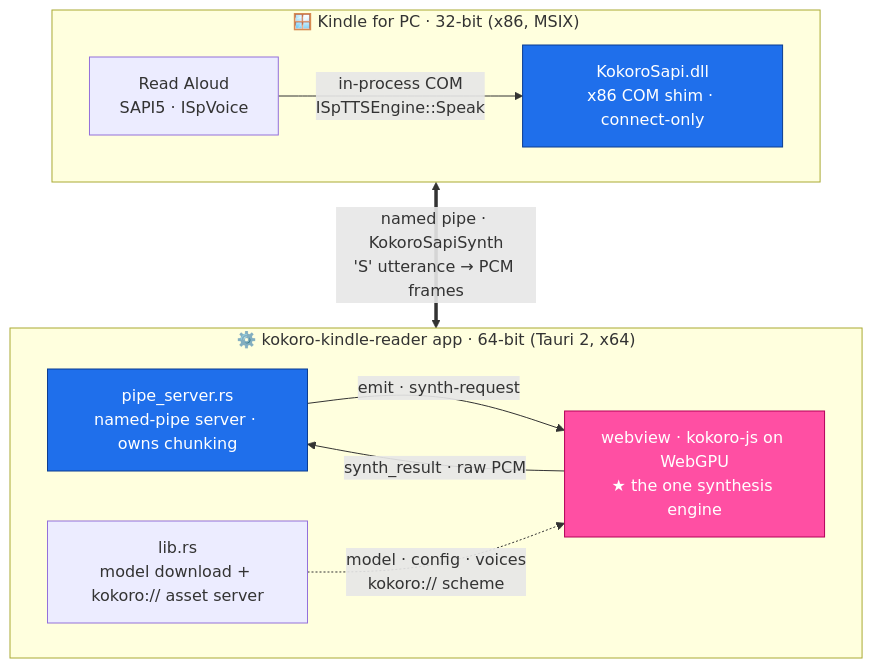
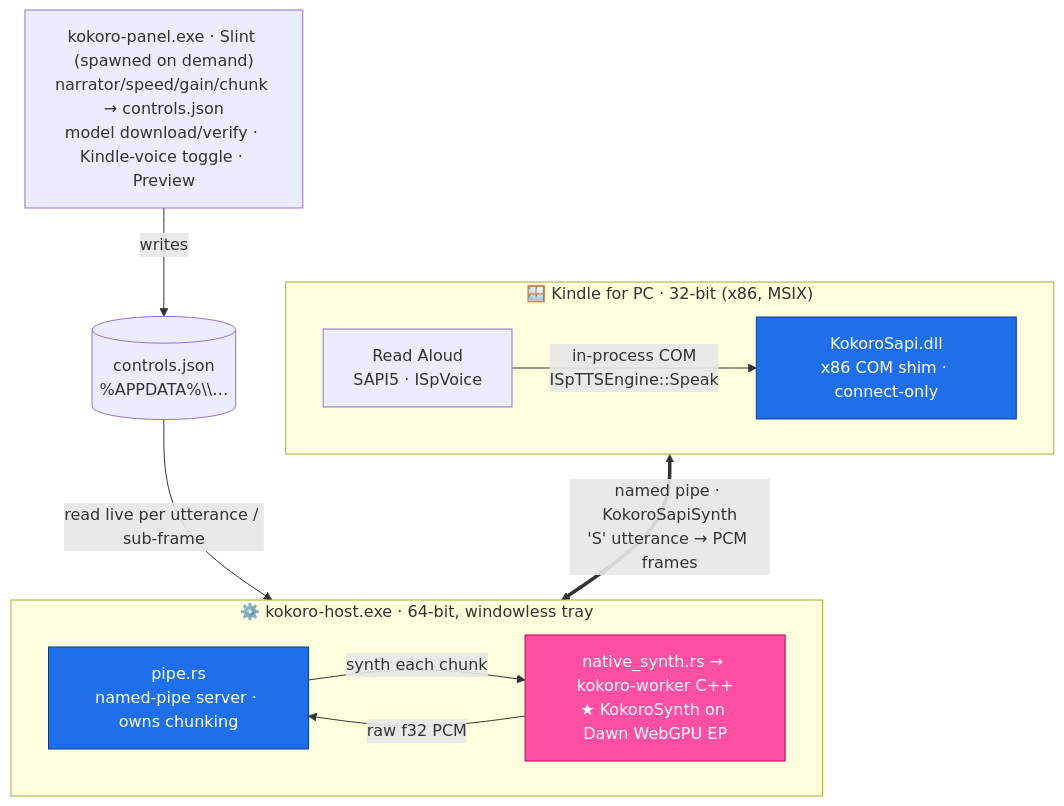
One commit to phc260/kokoro-kindle-reader changed the diagram in ARCHITECTURE.md. Above: the diagram before and after it, drawn with Mermaid. The commit also changed other lines of this file and 7 other files, not shown here.

````diff
--- a/ARCHITECTURE.md
+++ b/ARCHITECTURE.md
@@ -20,26 +21,29 @@
 ```mermaid
 flowchart TB
   subgraph K["🪟 Kindle for PC · 32-bit (x86, MSIX)"]
     direction LR
     RA["Read Aloud<br/>SAPI5 · ISpVoice"]
     DLL["KokoroSapi.dll<br/>x86 COM shim · connect-only"]
     RA -->|"in-process COM<br/>ISpTTSEngine::Speak"| DLL
   end
 
-  subgraph A["⚙️ kokoro-kindle-reader app · 64-bit (Tauri 2, x64)"]
+  subgraph H["⚙️ kokoro-host.exe · 64-bit, windowless tray"]
     direction LR
-    PIPE["pipe_server.rs<br/>named-pipe server · owns chunking"]
-    WV["webview · kokoro-js on WebGPU<br/>★ the one synthesis engine"]
-    RUST["lib.rs<br/>model download + kokoro:// asset server"]
-    PIPE -->|"emit · synth-request"| WV
-    WV -->|"synth_result · raw PCM"| PIPE
-    RUST -.->|"model · config · voices<br/>kokoro:// scheme"| WV
+    PIPE["pipe.rs<br/>named-pipe server · owns chunking"]
+    SYNTH["native_synth.rs → kokoro-worker C++<br/>★ KokoroSynth on Dawn WebGPU EP"]
+    PIPE -->|"synth each chunk"| SYNTH
+    SYNTH -->|"raw f32 PCM"| PIPE
   end
+
+  PANEL["kokoro-panel.exe · Slint (spawned on demand)<br/>narrator/speed/gain/chunk → controls.json<br/>model download/verify · Kindle-voice toggle · Preview"]
+  CFG[("controls.json<br/>%APPDATA%\\…")]
+  PANEL -->|writes| CFG
+  CFG -->|"read live per utterance / sub-frame"| PIPE
 
   DLL <==>|"named pipe · KokoroSapiSynth<br/>'S' utterance → PCM frames"| PIPE
 
   classDef engine fill:#ff4fa3,stroke:#b30059,color:#ffffff;
   classDef shim fill:#1f6feb,stroke:#0b3d91,color:#ffffff;
-  class WV engine
+  class SYNTH engine
   class DLL,PIPE shim
 ```
````
